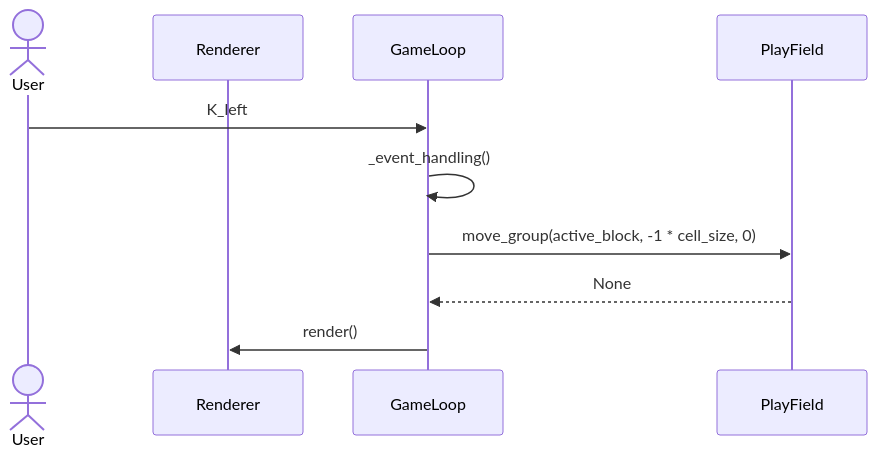
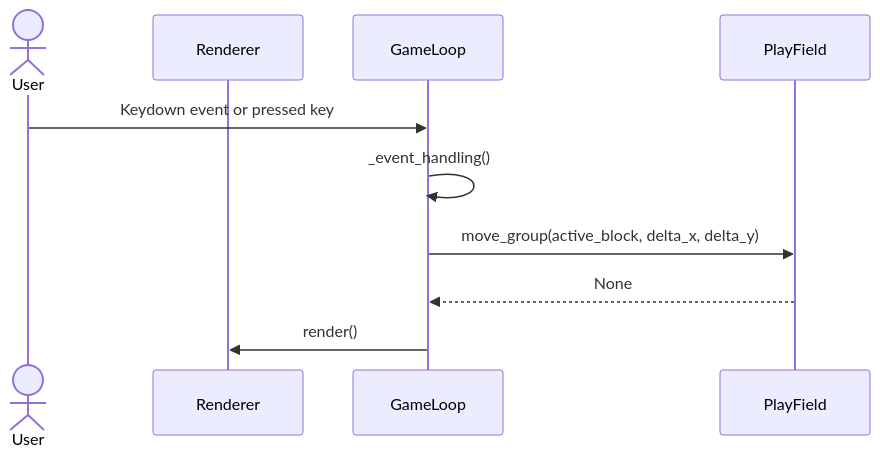
Before and after one commit to meri573/ot-harjoitustyo: the second of 2 diagrams in tetris/dokumentaatio/arkkitehtuuri.md, drawn with Mermaid.

````diff
--- a/tetris/dokumentaatio/arkkitehtuuri.md
+++ b/tetris/dokumentaatio/arkkitehtuuri.md
@@ -16,13 +16,13 @@
 ```mermaid
 sequenceDiagram
   actor User
   participant Renderer
   participant GameLoop
   participant PlayField
-  User->>GameLoop: K_left
+  User->>GameLoop: Keydown event or pressed key
   GameLoop->>GameLoop: _event_handling()
-  GameLoop->>PlayField: move_group(active_block, -1 * cell_size, 0)
+  GameLoop->>PlayField: move_group(active_block, delta_x, delta_y)
   PlayField-->>GameLoop: None
   GameLoop->>Renderer: render()
   
 ```
````
